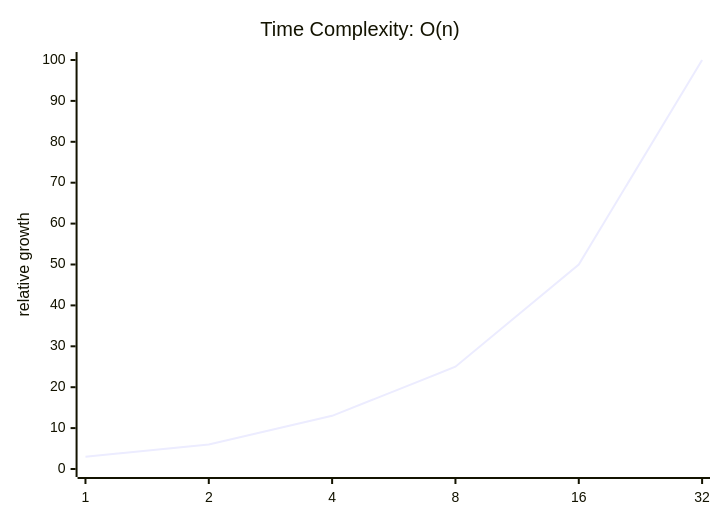
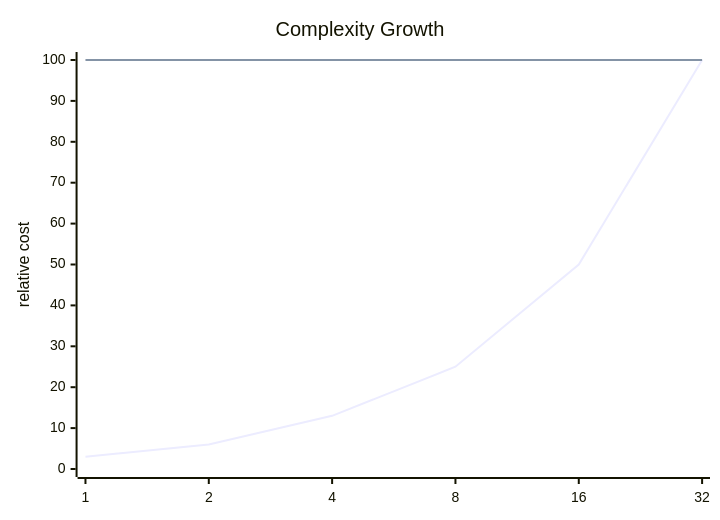
One commit to Satharva2004/DSA-Practice changed the diagram in 66-plus-one-litcode-demo/README.md. Above: the diagram before and after it, drawn with Mermaid. The commit also changed other lines of this file, not shown here.

````diff
--- a/66-plus-one-litcode-demo/README.md
+++ b/66-plus-one-litcode-demo/README.md
@@ -65,7 +46,8 @@
 ```mermaid
 xychart-beta
-    title "Time Complexity: O(n)"
+    title "Complexity Growth"
     x-axis [1, 2, 4, 8, 16, 32]
-    y-axis "relative growth" 0 --> 100
-    line [3, 6, 13, 25, 50, 100]
+    y-axis "relative cost" 0 --> 100
+    line "time O(n)" [3, 6, 13, 25, 50, 100]
+    line "space O(1)" [100, 100, 100, 100, 100, 100]
 ```
````
